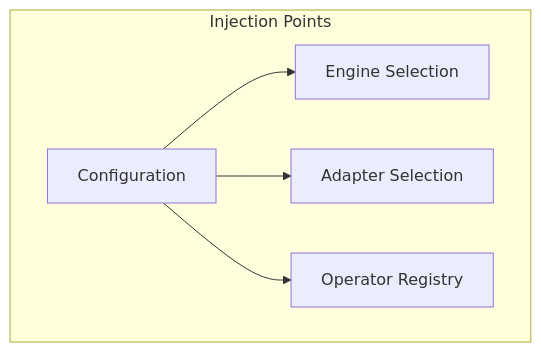
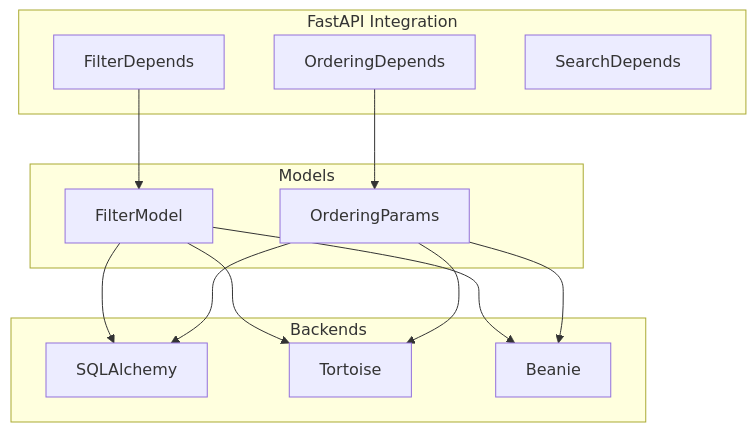
One commit to CybLow/paginate changed the sixth of 9 diagrams in docs/concepts/architecture.md. Above: the diagram before and after it, drawn with Mermaid. The commit also changed other lines of this file and 196 other files, not shown here.

````diff
--- a/docs/concepts/architecture.md
+++ b/docs/concepts/architecture.md
@@ -325,13 +505,28 @@
-```mermaid
+```{mermaid}
 graph TB
-    subgraph "Injection Points"
-        Config[Configuration]
-        Engines[Engine Selection]
-        Adapters[Adapter Selection]
-        Operators[Operator Registry]
+    subgraph "FastAPI Integration"
+        FD[FilterDepends]
+        OD[OrderingDepends]
+        SD[SearchDepends]
     end
-    
-    Config --> Engines
-    Config --> Adapters
-    Config --> Operators
+
+    subgraph "Models"
+        FM[FilterModel]
+        OP[OrderingParams]
+    end
+
+    subgraph "Backends"
+        SQL[SQLAlchemy]
+        TORT[Tortoise]
+        BEAN[Beanie]
+    end
+
+    FD --> FM
+    OD --> OP
+    FM --> SQL
+    FM --> TORT
+    FM --> BEAN
+    OP --> SQL
+    OP --> TORT
+    OP --> BEAN
 ```
````
